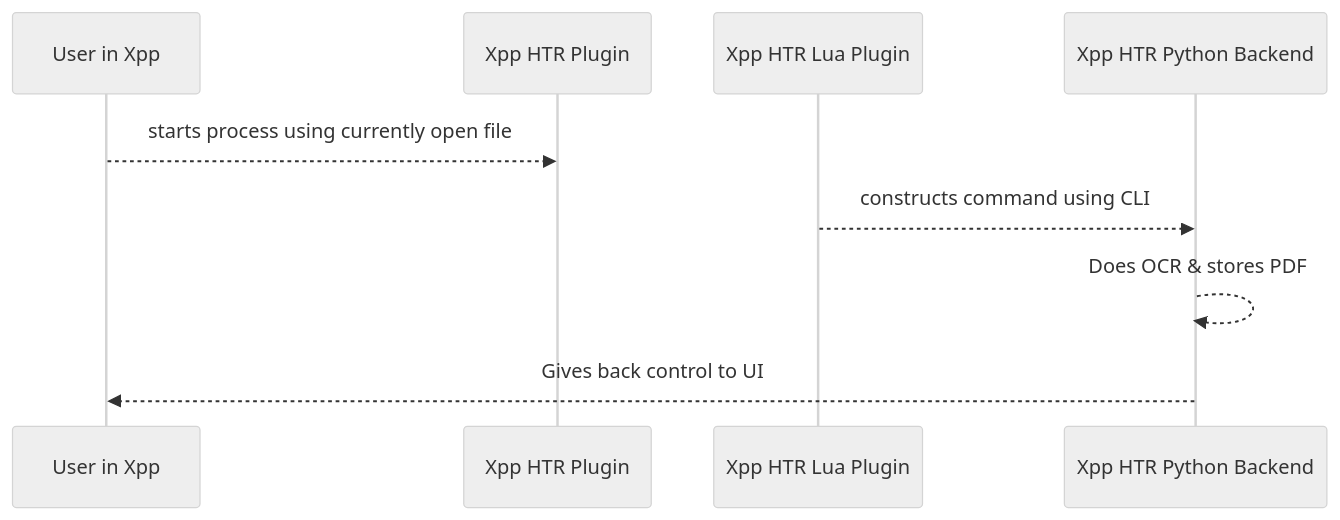
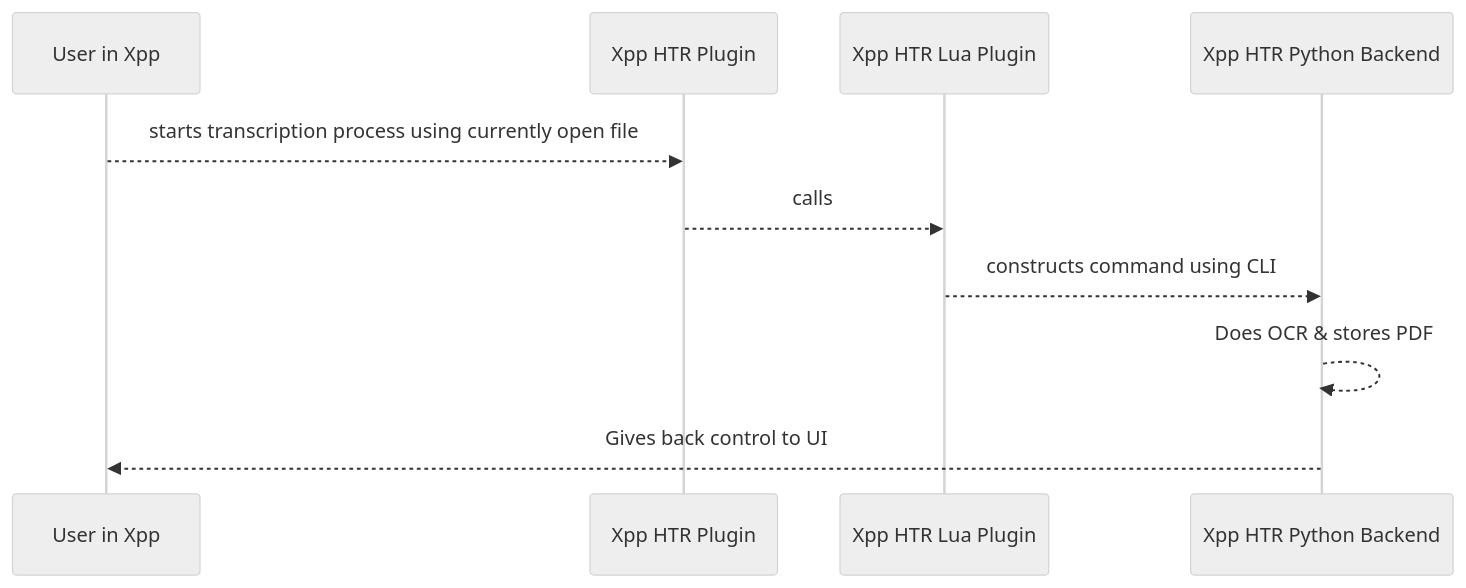
Before and after one commit to PellelNitram/xournalpp_htr: the diagram in docs/developer_guide.md, drawn with Mermaid (neutral theme). The commit also changed other lines of this file and 5 other files, not shown here.

````diff
--- a/docs/developer_guide.md
+++ b/docs/developer_guide.md
@@ -16,7 +19,8 @@
 ```mermaid
 sequenceDiagram
-    User in Xpp-->>Xpp HTR Plugin: starts process using currently open file
+    User in Xpp-->>Xpp HTR Plugin: starts transcription process using currently open file
+    Xpp HTR Plugin -->> Xpp HTR Lua Plugin: calls
     Xpp HTR Lua Plugin -->>Xpp HTR Python Backend: constructs command using CLI
     Xpp HTR Python Backend -->> Xpp HTR Python Backend: Does OCR & stores PDF
     Xpp HTR Python Backend-->>User in Xpp: Gives back control to UI
 ```
````
